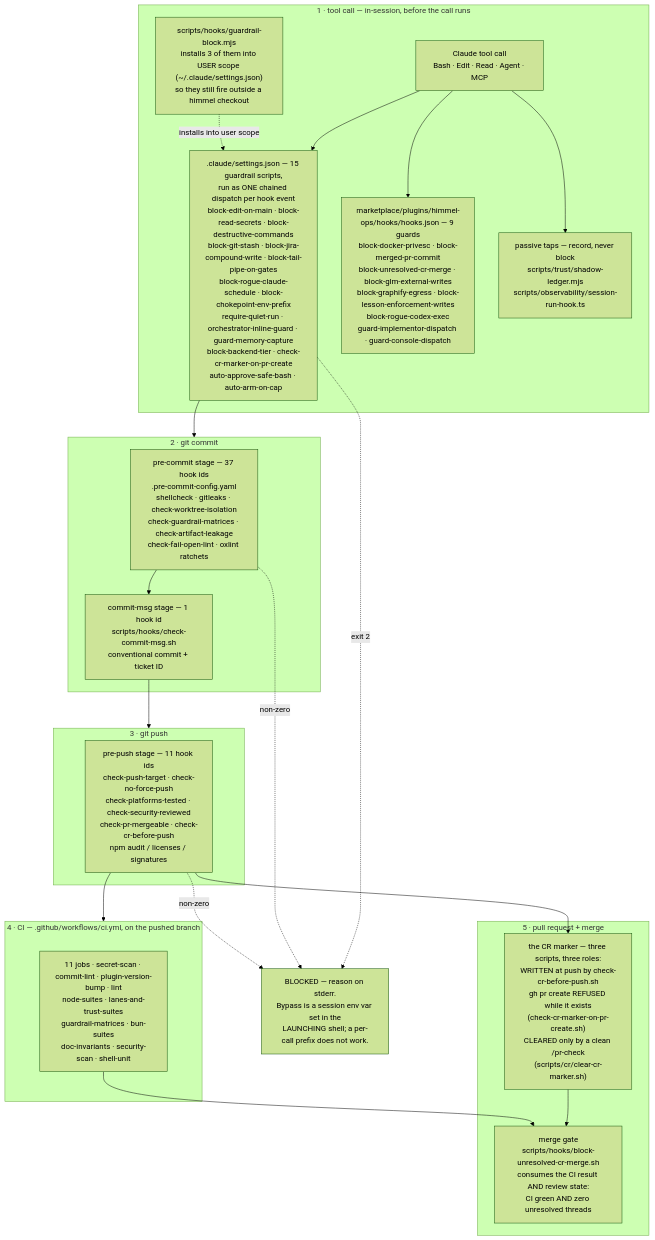
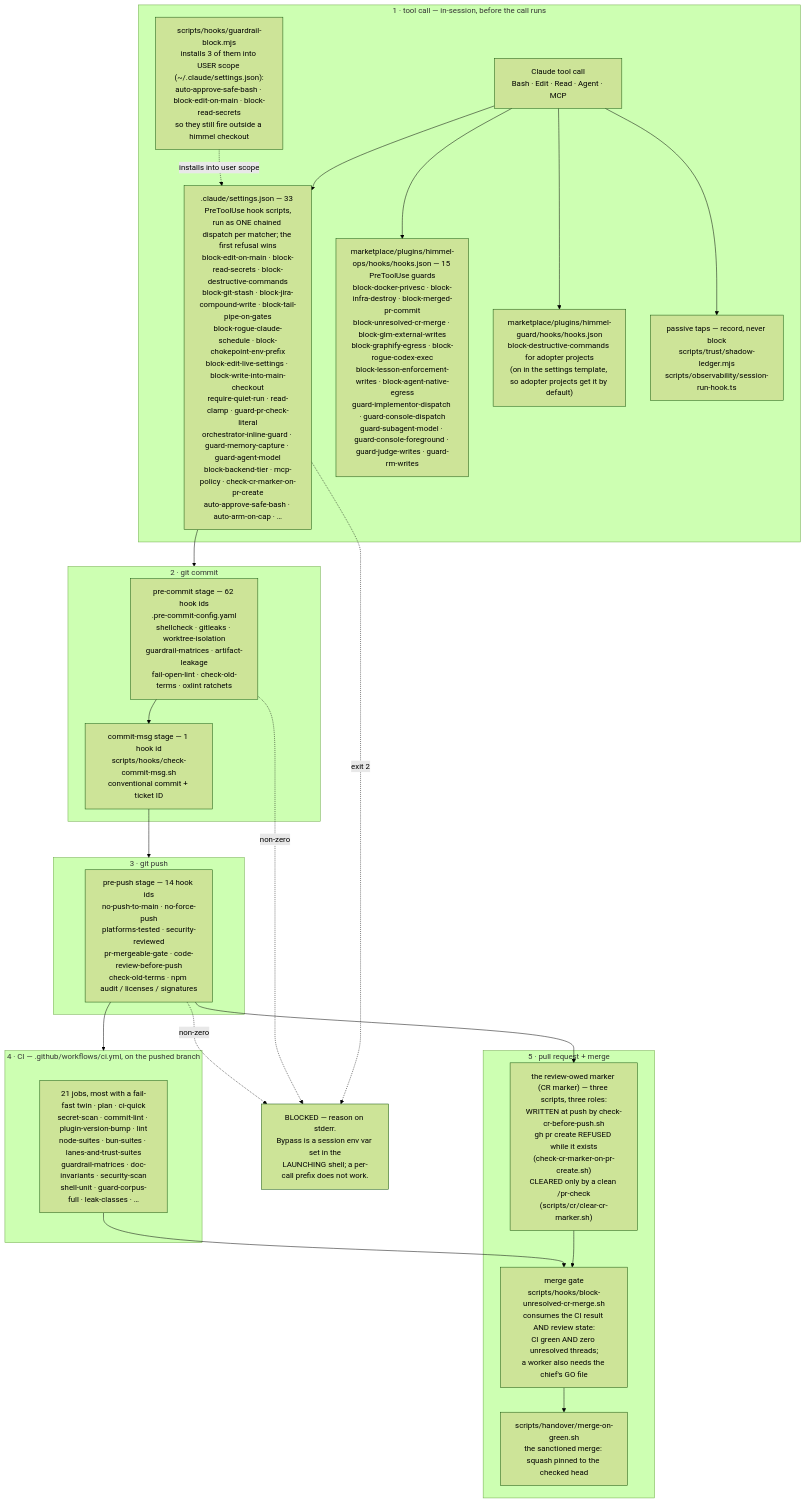
The first of 5 diagrams in docs/architecture.md (Goomal/Himmel), drawn with Mermaid (forest theme) before and after one commit. The commit also changed other lines of this file and 3 other files, not shown here.

First line of the commit message:
docs(site): [HIMMEL-6284] the v1.1.3 docs and design review pack (#3778)

````diff
--- a/docs/architecture.md
+++ b/docs/architecture.md
@@ -34,44 +46,48 @@
 ```mermaid
 flowchart TD
     subgraph S1["1 · tool call — in-session, before the call runs"]
         TC["Claude tool call<br/>Bash · Edit · Read · Agent · MCP"]
-        H1[".claude/settings.json — 15 guardrail scripts,<br/>run as ONE chained dispatch per hook event<br/>block-edit-on-main · block-read-secrets · block-destructive-commands<br/>block-git-stash · block-jira-compound-write · block-tail-pipe-on-gates<br/>block-rogue-claude-schedule · block-chokepoint-env-prefix<br/>require-quiet-run · orchestrator-inline-guard · guard-memory-capture<br/>block-backend-tier · check-cr-marker-on-pr-create<br/>auto-approve-safe-bash · auto-arm-on-cap"]
-        H2["marketplace/plugins/himmel-ops/hooks/hooks.json — 9 guards<br/>block-docker-privesc · block-merged-pr-commit<br/>block-unresolved-cr-merge · block-glm-external-writes<br/>block-graphify-egress · block-lesson-enforcement-writes<br/>block-rogue-codex-exec<br/>guard-implementor-dispatch · guard-console-dispatch"]
-        H3["scripts/hooks/guardrail-block.mjs<br/>installs 3 of them into USER scope (~/.claude/settings.json)<br/>so they still fire outside a himmel checkout"]
+        H1[".claude/settings.json — 33 PreToolUse hook scripts,<br/>run as ONE chained dispatch per matcher; the first refusal wins<br/>block-edit-on-main · block-read-secrets · block-destructive-commands<br/>block-git-stash · block-jira-compound-write · block-tail-pipe-on-gates<br/>block-rogue-claude-schedule · block-chokepoint-env-prefix<br/>block-edit-live-settings · block-write-into-main-checkout<br/>require-quiet-run · read-clamp · guard-pr-check-literal<br/>orchestrator-inline-guard · guard-memory-capture · guard-agent-model<br/>block-backend-tier · mcp-policy · check-cr-marker-on-pr-create<br/>auto-approve-safe-bash · auto-arm-on-cap · …"]
+        H2["marketplace/plugins/himmel-ops/hooks/hooks.json — 15 PreToolUse guards<br/>block-docker-privesc · block-infra-destroy · block-merged-pr-commit<br/>block-unresolved-cr-merge · block-glm-external-writes<br/>block-graphify-egress · block-rogue-codex-exec<br/>block-lesson-enforcement-writes · block-agent-native-egress<br/>guard-implementor-dispatch · guard-console-dispatch<br/>guard-subagent-model · guard-console-foreground · guard-judge-writes · guard-rm-writes"]
+        HG["marketplace/plugins/himmel-guard/hooks/hooks.json<br/>block-destructive-commands for adopter projects<br/>(on in the settings template, so adopter projects get it by default)"]
+        H3["scripts/hooks/guardrail-block.mjs<br/>installs 3 of them into USER scope (~/.claude/settings.json):<br/>auto-approve-safe-bash · block-edit-on-main · block-read-secrets<br/>so they still fire outside a himmel checkout"]
         H4["passive taps — record, never block<br/>scripts/trust/shadow-ledger.mjs<br/>scripts/observability/session-run-hook.ts"]
         TC --> H1
         TC --> H2
+        TC --> HG
         TC --> H4
         H3 -.->|"installs into user scope"| H1
     end
 
     subgraph S2["2 · git commit"]
-        PC["pre-commit stage — 37 hook ids<br/>.pre-commit-config.yaml<br/>shellcheck · gitleaks · check-worktree-isolation<br/>check-guardrail-matrices · check-artifact-leakage<br/>check-fail-open-lint · oxlint ratchets"]
+        PC["pre-commit stage — 62 hook ids<br/>.pre-commit-config.yaml<br/>shellcheck · gitleaks · worktree-isolation<br/>guardrail-matrices · artifact-leakage<br/>fail-open-lint · check-old-terms · oxlint ratchets"]
         CM["commit-msg stage — 1 hook id<br/>scripts/hooks/check-commit-msg.sh<br/>conventional commit + ticket ID"]
         PC --> CM
     end
 
     subgraph S3["3 · git push"]
-        PP["pre-push stage — 11 hook ids<br/>check-push-target · check-no-force-push<br/>check-platforms-tested · check-security-reviewed<br/>check-pr-mergeable · check-cr-before-push<br/>npm audit / licenses / signatures"]
+        PP["pre-push stage — 14 hook ids<br/>no-push-to-main · no-force-push<br/>platforms-tested · security-reviewed<br/>pr-mergeable-gate · code-review-before-push<br/>check-old-terms · npm audit / licenses / signatures"]
     end
 
     subgraph S4["4 · CI — .github/workflows/ci.yml, on the pushed branch"]
-        CI["11 jobs · secret-scan · commit-lint · plugin-version-bump · lint<br/>node-suites · lanes-and-trust-suites<br/>guardrail-matrices · bun-suites<br/>doc-invariants · security-scan · shell-unit"]
+        CI["21 jobs, most with a fail-fast twin · plan · ci-quick<br/>secret-scan · commit-lint · plugin-version-bump · lint<br/>node-suites · bun-suites · lanes-and-trust-suites<br/>guardrail-matrices · doc-invariants · security-scan<br/>shell-unit · guard-corpus-full · leak-classes · …"]
     end
 
     subgraph S5["5 · pull request + merge"]
-        CR["the CR marker — three scripts, three roles:<br/>WRITTEN at push by check-cr-before-push.sh<br/>gh pr create REFUSED while it exists<br/>(check-cr-marker-on-pr-create.sh)<br/>CLEARED only by a clean /pr-check<br/>(scripts/cr/clear-cr-marker.sh)"]
-        MG["merge gate<br/>scripts/hooks/block-unresolved-cr-merge.sh<br/>consumes the CI result AND review state:<br/>CI green AND zero unresolved threads"]
+        CR["the review-owed marker (CR marker) — three scripts, three roles:<br/>WRITTEN at push by check-cr-before-push.sh<br/>gh pr create REFUSED while it exists<br/>(check-cr-marker-on-pr-create.sh)<br/>CLEARED only by a clean /pr-check<br/>(scripts/cr/clear-cr-marker.sh)"]
+        MG["merge gate<br/>scripts/hooks/block-unresolved-cr-merge.sh<br/>consumes the CI result AND review state:<br/>CI green AND zero unresolved threads;<br/>a worker also needs the chief's GO file"]
+        MOG["scripts/handover/merge-on-green.sh<br/>the sanctioned merge: squash pinned to the checked head"]
         CR --> MG
+        MG --> MOG
     end
 
     H1 --> S2
     CM --> S3
     PP --> S4
     PP --> CR
     CI --> MG
 
     H1 -.->|"exit 2"| BLOCK["BLOCKED — reason on stderr.<br/>Bypass is a session env var set in the<br/>LAUNCHING shell; a per-call prefix does not work."]
     PC -.->|"non-zero"| BLOCK
     PP -.->|"non-zero"| BLOCK
 ```
````
